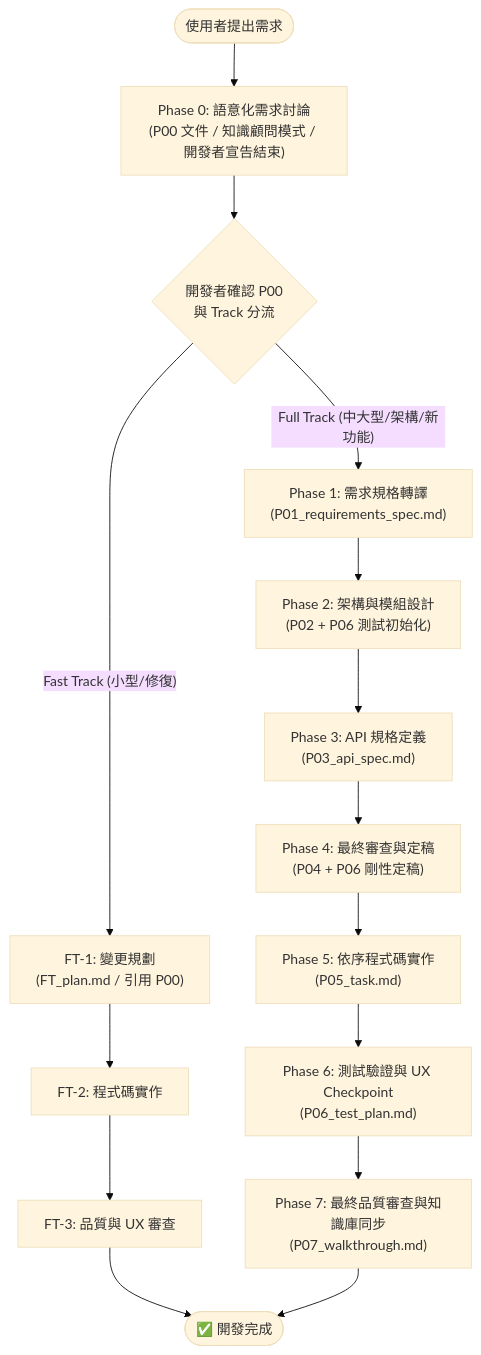
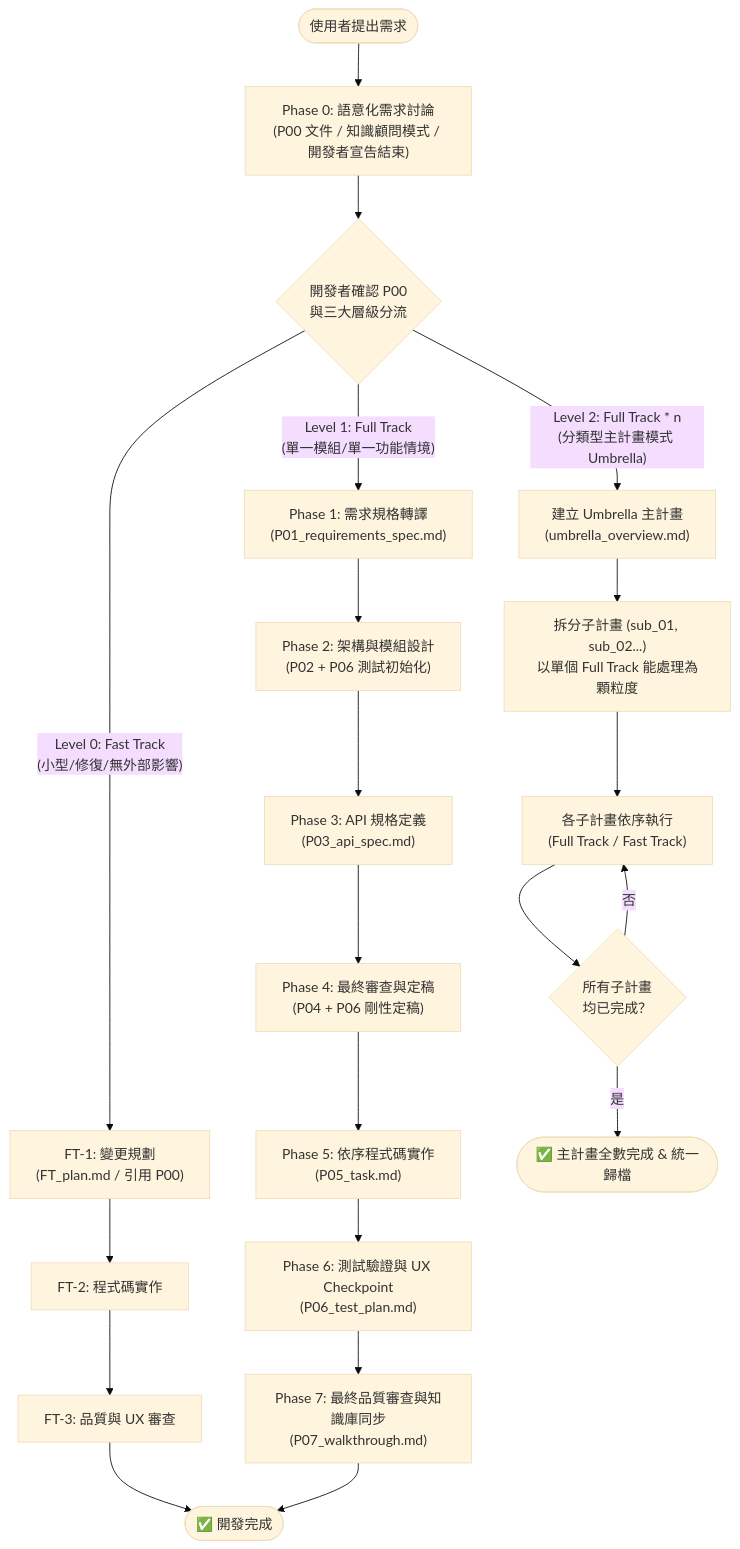
One commit to ysnaive/ys-codebase changed the first of 2 diagrams in workflows/DevelopmentSOP.md. Above: the diagram before and after it, drawn with Mermaid (base theme). The commit also changed other lines of this file and 15 other files, not shown here.

Commit message:
feat(workflow): add 3-tier phasing matrix, umbrella/sub-plans support, research workflow, and generalized context init

````diff
--- a/workflows/DevelopmentSOP.md
+++ b/workflows/DevelopmentSOP.md
@@ -48,22 +116,30 @@
 ```mermaid
 flowchart TD
     User(["使用者提出需求"]) --> P0["Phase 0: 語意化需求討論<br/>(P00 文件 / 知識顧問模式 / 開發者宣告結束)"]
     
-    P0 --> CheckP0{"開發者確認 P00<br/>與 Track 分流"}
+    P0 --> CheckP0{"開發者確認 P00<br/>與三大層級分流"}
     
-    %% Fast Track Branch
-    CheckP0 -- "Fast Track (小型/修復)" --> FT1["FT-1: 變更規劃<br/>(FT_plan.md / 引用 P00)"]
+    %% Level 0: Fast Track
+    CheckP0 -- "Level 0: Fast Track<br/>(小型/修復/無外部影響)" --> FT1["FT-1: 變更規劃<br/>(FT_plan.md / 引用 P00)"]
     FT1 --> FT2["FT-2: 程式碼實作"]
     FT2 --> FT3["FT-3: 品質與 UX 審查"]
     FT3 --> Done(["✅ 開發完成"])
 
-    %% Full Track Branch
-    CheckP0 -- "Full Track (中大型/架構/新功能)" --> P1["Phase 1: 需求規格轉譯<br/>(P01_requirements_spec.md)"]
+    %% Level 1: Full Track
+    CheckP0 -- "Level 1: Full Track<br/>(單一模組/單一功能情境)" --> P1["Phase 1: 需求規格轉譯<br/>(P01_requirements_spec.md)"]
     P1 --> P2["Phase 2: 架構與模組設計<br/>(P02 + P06 測試初始化)"]
     P2 --> P3["Phase 3: API 規格定義<br/>(P03_api_spec.md)"]
     P3 --> P4["Phase 4: 最終審查與定稿<br/>(P04 + P06 剛性定稿)"]
     P4 --> P5["Phase 5: 依序程式碼實作<br/>(P05_task.md)"]
     P5 --> P6["Phase 6: 測試驗證與 UX Checkpoint<br/>(P06_test_plan.md)"]
     P6 --> P7["Phase 7: 最終品質審查與知識庫同步<br/>(P07_walkthrough.md)"]
     P7 --> Done
+
+    %% Level 2: Umbrella Plan
+    CheckP0 -- "Level 2: Full Track * n<br/>(分類型主計畫模式 Umbrella)" --> Umb["建立 Umbrella 主計畫<br/>(umbrella_overview.md)"]
+    Umb --> SubPlans["拆分子計畫 (sub_01, sub_02...)<br/>以單個 Full Track 能處理為顆粒度"]
+    SubPlans --> SubExec["各子計畫依序執行<br/>(Full Track / Fast Track)"]
+    SubExec --> AllDone{"所有子計畫<br/>均已完成？"}
+    AllDone -- 否 --> SubExec
+    AllDone -- 是 --> UmbDone(["✅ 主計畫全數完成 & 統一歸檔"])
 ```
````
